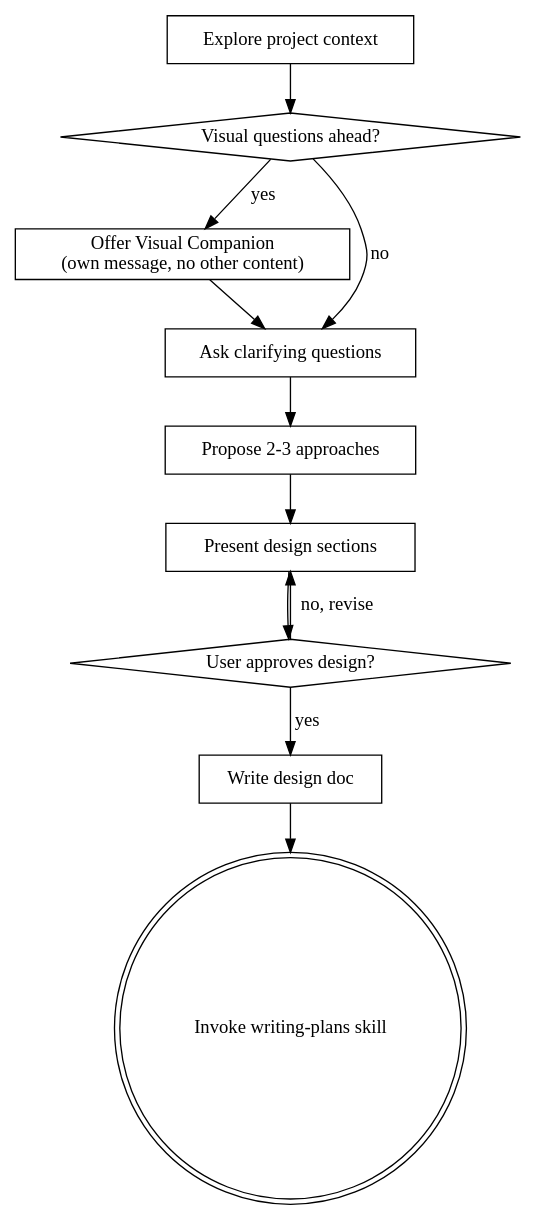
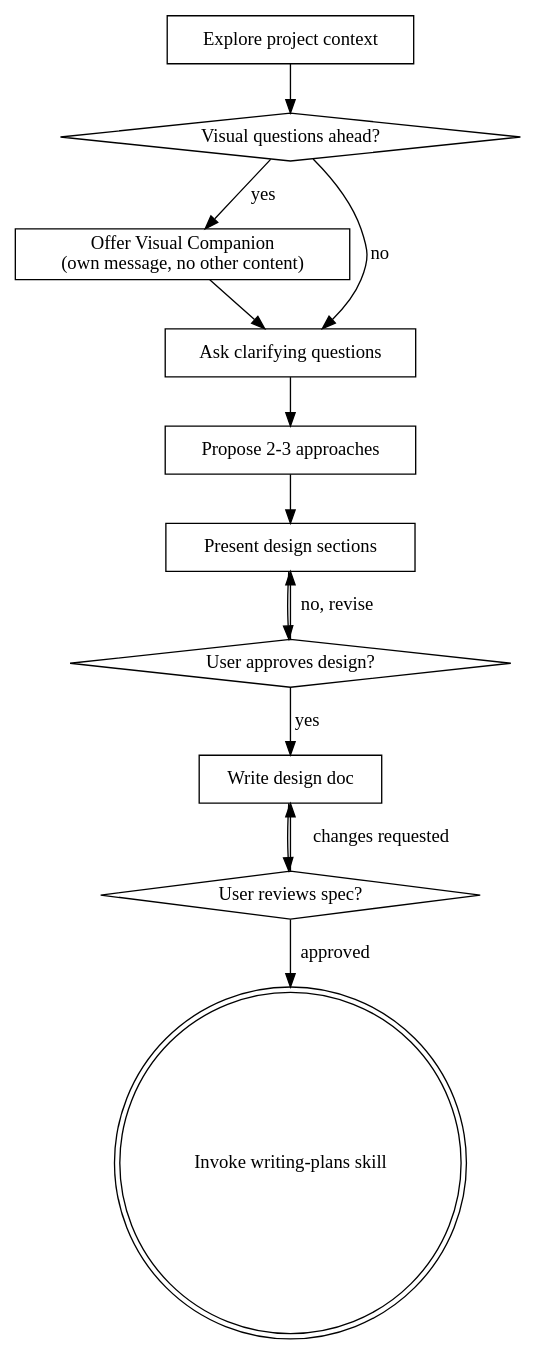
One commit to minz1/minz-skills changed the diagram in plugins/superpowers/skills/brainstorming/SKILL.md. Above: the diagram before and after it, drawn with Graphviz. The commit also changed other lines of this file, not shown here.

First line of the commit message:
fix(brainstorming): add user review gate between spec and writing-plans

````diff
--- a/plugins/superpowers/skills/brainstorming/SKILL.md
+++ b/plugins/superpowers/skills/brainstorming/SKILL.md
@@ -34,24 +35,27 @@
 ```dot
 digraph brainstorming {
     "Explore project context" [shape=box];
     "Visual questions ahead?" [shape=diamond];
     "Offer Visual Companion\n(own message, no other content)" [shape=box];
     "Ask clarifying questions" [shape=box];
     "Propose 2-3 approaches" [shape=box];
     "Present design sections" [shape=box];
     "User approves design?" [shape=diamond];
     "Write design doc" [shape=box];
+    "User reviews spec?" [shape=diamond];
     "Invoke writing-plans skill" [shape=doublecircle];
 
     "Explore project context" -> "Visual questions ahead?";
     "Visual questions ahead?" -> "Offer Visual Companion\n(own message, no other content)" [label="yes"];
     "Visual questions ahead?" -> "Ask clarifying questions" [label="no"];
     "Offer Visual Companion\n(own message, no other content)" -> "Ask clarifying questions";
     "Ask clarifying questions" -> "Propose 2-3 approaches";
     "Propose 2-3 approaches" -> "Present design sections";
     "Present design sections" -> "User approves design?";
     "User approves design?" -> "Present design sections" [label="no, revise"];
     "User approves design?" -> "Write design doc" [label="yes"];
-    "Write design doc" -> "Invoke writing-plans skill";
+    "Write design doc" -> "User reviews spec?";
+    "User reviews spec?" -> "Write design doc" [label="changes requested"];
+    "User reviews spec?" -> "Invoke writing-plans skill" [label="approved"];
 }
 ```
````
